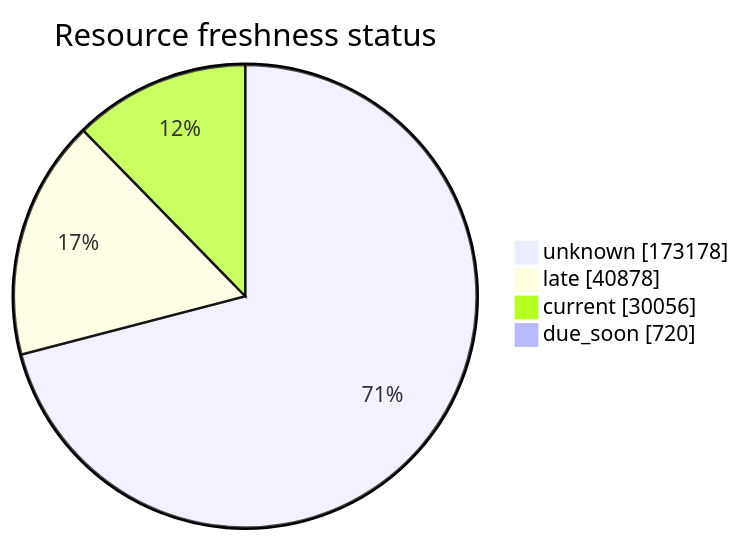
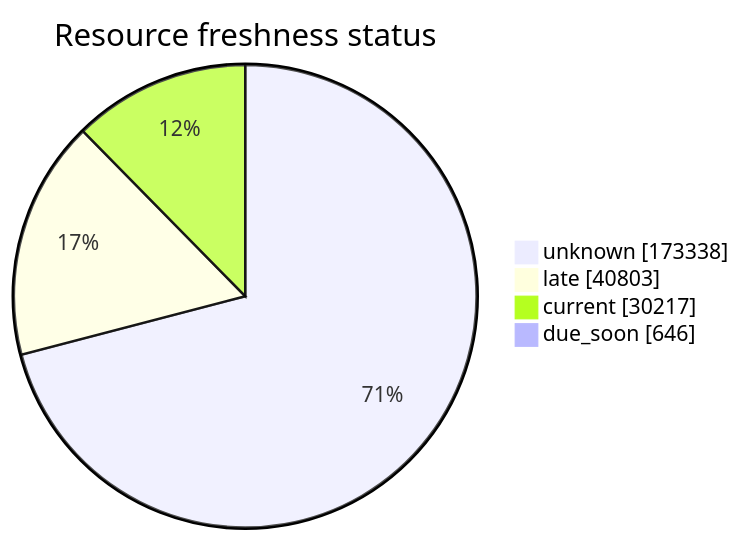
One commit to open-data/analytics-corporate-reporting changed the third of 5 diagrams in FreshCheck/README.md. Above: the diagram before and after it, drawn with Mermaid. The commit also changed other lines of this file and 3 other files, not shown here.

````diff
--- a/FreshCheck/README.md
+++ b/FreshCheck/README.md
@@ -77,7 +77,7 @@
 ```mermaid
 pie showData title Resource freshness status
-    "unknown": 173178
-    "late": 40878
-    "current": 30056
-    "due_soon": 720
+    "unknown": 173338
+    "late": 40803
+    "current": 30217
+    "due_soon": 646
 ```
````
